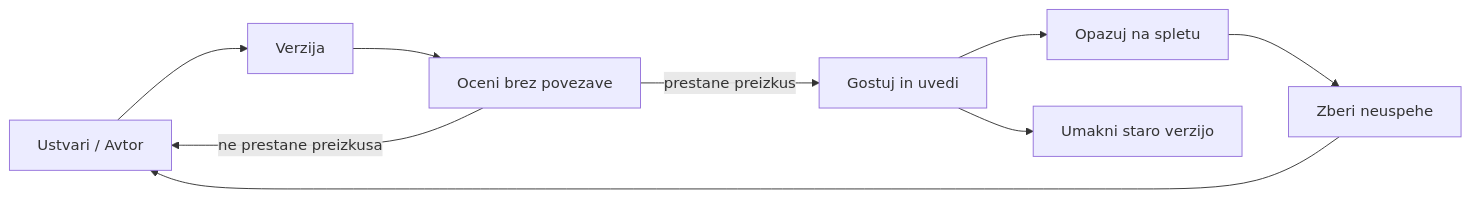
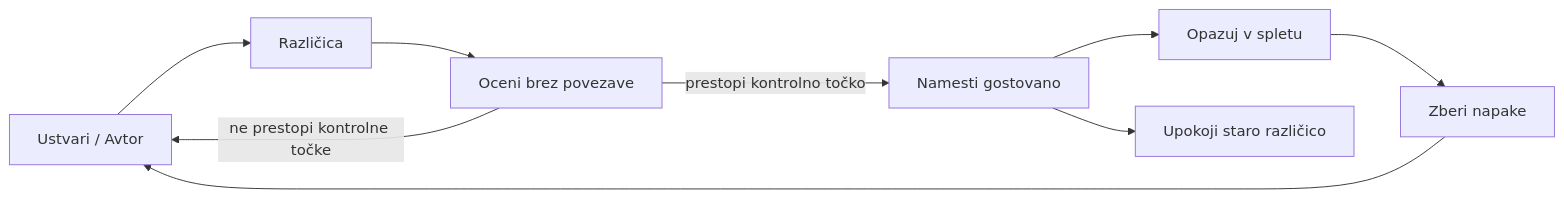
Before and after one commit to microsoft/ai-agents-for-beginners: the second of 4 diagrams in translations/sl/16-deploying-scalable-agents/README.md, drawn with Mermaid. The commit also changed other lines of this file and 47 other files, not shown here.

````diff
--- a/translations/sl/16-deploying-scalable-agents/README.md
+++ b/translations/sl/16-deploying-scalable-agents/README.md
@@ -108,11 +108,11 @@
 ```mermaid
 flowchart LR
-    Create[Ustvari / Avtor] --> Version[Verzija]
+    Create[Ustvari / Avtor] --> Version[Različica]
     Version --> Evaluate[Oceni brez povezave]
-    Evaluate -->|prestane preizkus| Deploy[Gostuj in uvedi]
-    Evaluate -->|ne prestane preizkusa| Create
-    Deploy --> Observe[Opazuj na spletu]
-    Observe --> Improve[Zberi neuspehe]
+    Evaluate -->|prestopi kontrolno točko| Deploy[Namesti gostovano]
+    Evaluate -->|ne prestopi kontrolne točke| Create
+    Deploy --> Observe[Opazuj v spletu]
+    Observe --> Improve[Zberi napake]
     Improve --> Create
-    Deploy --> Retire[Umakni staro verzijo]
+    Deploy --> Retire[Upokoji staro različico]
 ```
````
